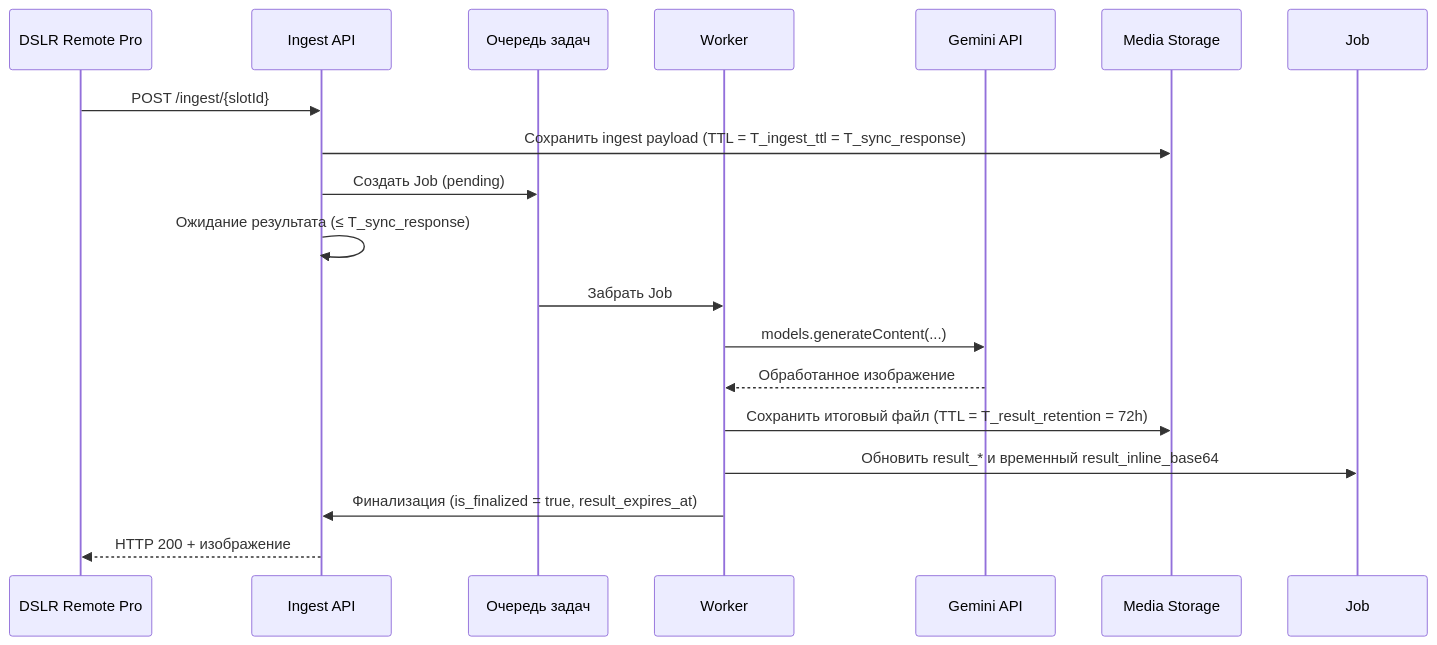
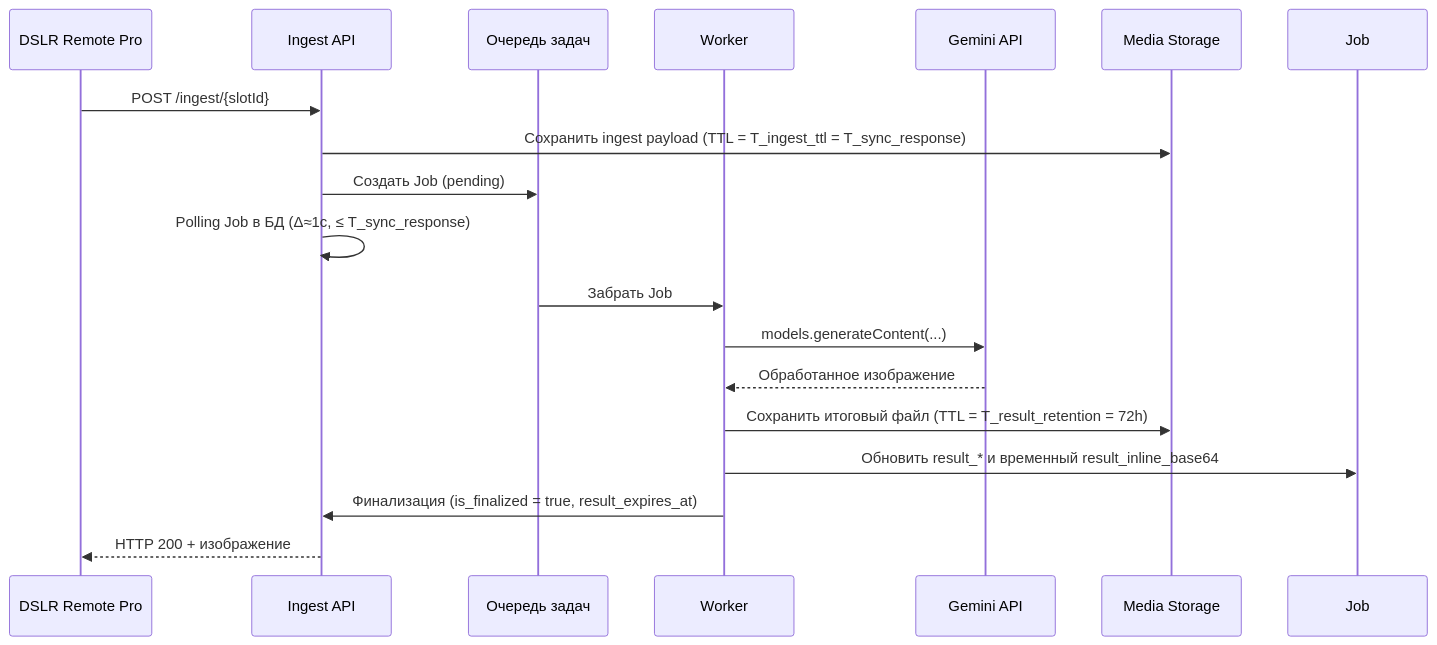
One commit to nicelight/PhotoChanger_25 changed the first of 2 diagrams in spec/docs/blueprints/use-cases.md. Above: the diagram before and after it, drawn with Mermaid. The commit also changed other lines of this file and 4 other files, not shown here.

````diff
--- a/spec/docs/blueprints/use-cases.md
+++ b/spec/docs/blueprints/use-cases.md
@@ -42,21 +43,21 @@
 ```mermaid
 sequenceDiagram
     participant DSLR as DSLR Remote Pro
     participant API as Ingest API
     participant Queue as Очередь задач
     participant Worker as Worker
     participant Gemini as Gemini API
     participant Storage as Media Storage
 
     DSLR->>API: POST /ingest/{slotId}
     API->>Storage: Сохранить ingest payload (TTL = T_ingest_ttl = T_sync_response)
     API->>Queue: Создать Job (pending)
-    API->>API: Ожидание результата (≤ T_sync_response)
+    API->>API: Polling Job в БД (Δ≈1с, ≤ T_sync_response)
     Queue->>Worker: Забрать Job
     Worker->>Gemini: models.generateContent(...)
     Gemini-->>Worker: Обработанное изображение
     Worker->>Storage: Сохранить итоговый файл (TTL = T_result_retention = 72h)
     Worker->>Job: Обновить result_* и временный result_inline_base64
     Worker->>API: Финализация (is_finalized = true, result_expires_at)
     API-->>DSLR: HTTP 200 + изображение
 ```
````
